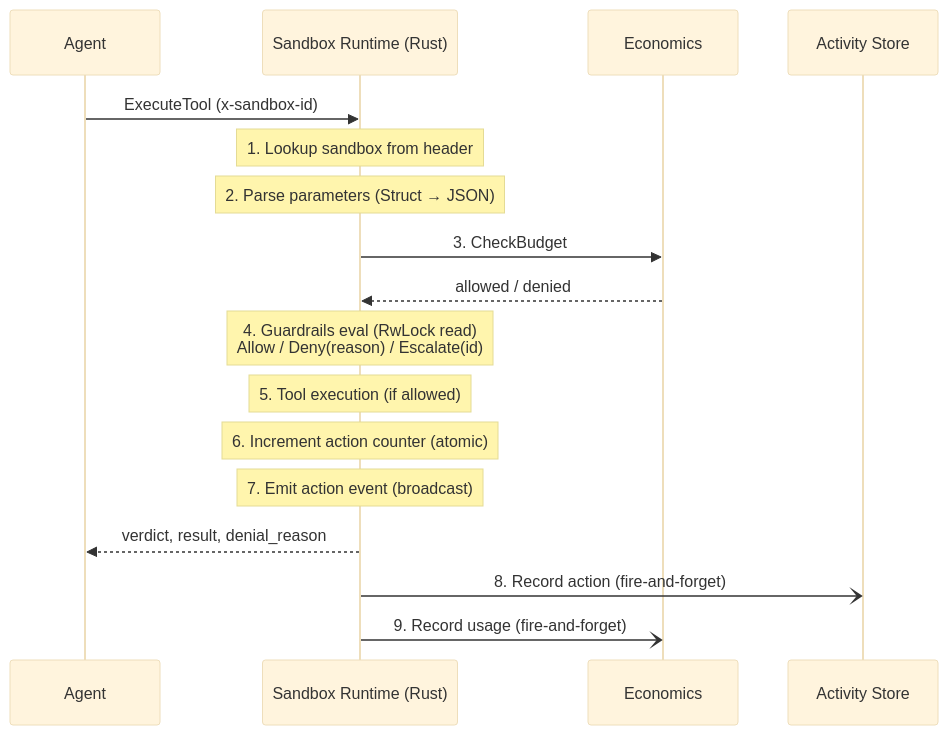
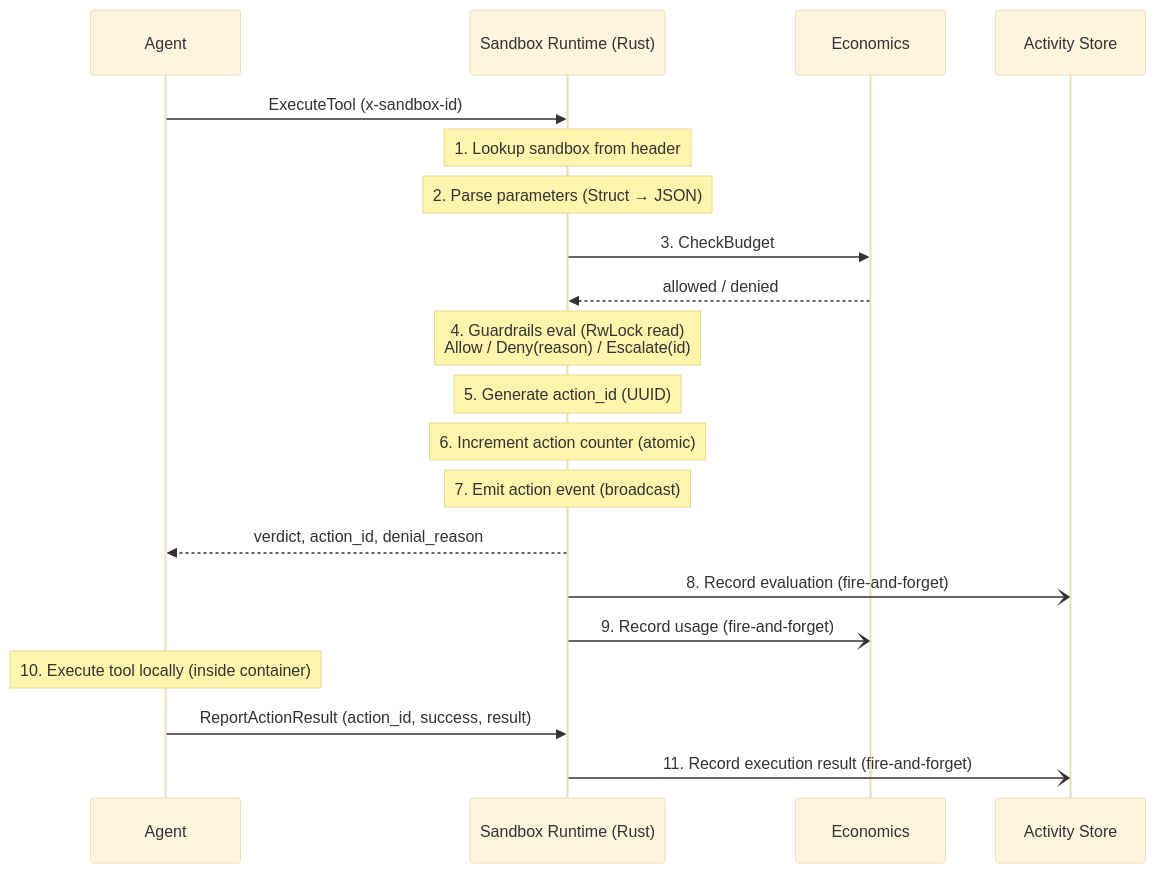
Before and after one commit to Baselyne-Systems/agent-sandbox-platform: the second of 5 diagrams in docs/architecture.md, drawn with Mermaid (base theme). The commit also changed other lines of this file and 30 other files, not shown here.

````diff
--- a/docs/architecture.md
+++ b/docs/architecture.md
@@ -162,20 +166,24 @@
 ```mermaid
 sequenceDiagram
     participant Agent
     participant Runtime as Sandbox Runtime (Rust)
     participant Economics
     participant Activity as Activity Store
 
     Agent->>Runtime: ExecuteTool (x-sandbox-id)
     Note over Runtime: 1. Lookup sandbox from header
     Note over Runtime: 2. Parse parameters (Struct → JSON)
     Runtime->>Economics: 3. CheckBudget
     Economics-->>Runtime: allowed / denied
     Note over Runtime: 4. Guardrails eval (RwLock read)<br/>Allow / Deny(reason) / Escalate(id)
-    Note over Runtime: 5. Tool execution (if allowed)
+    Note over Runtime: 5. Generate action_id (UUID)
     Note over Runtime: 6. Increment action counter (atomic)
     Note over Runtime: 7. Emit action event (broadcast)
-    Runtime-->>Agent: verdict, result, denial_reason
-    Runtime-)Activity: 8. Record action (fire-and-forget)
+    Runtime-->>Agent: verdict, action_id, denial_reason
+    Runtime-)Activity: 8. Record evaluation (fire-and-forget)
     Runtime-)Economics: 9. Record usage (fire-and-forget)
+
+    Note over Agent: 10. Execute tool locally (inside container)
+    Agent->>Runtime: ReportActionResult (action_id, success, result)
+    Runtime-)Activity: 11. Record execution result (fire-and-forget)
 ```
````
